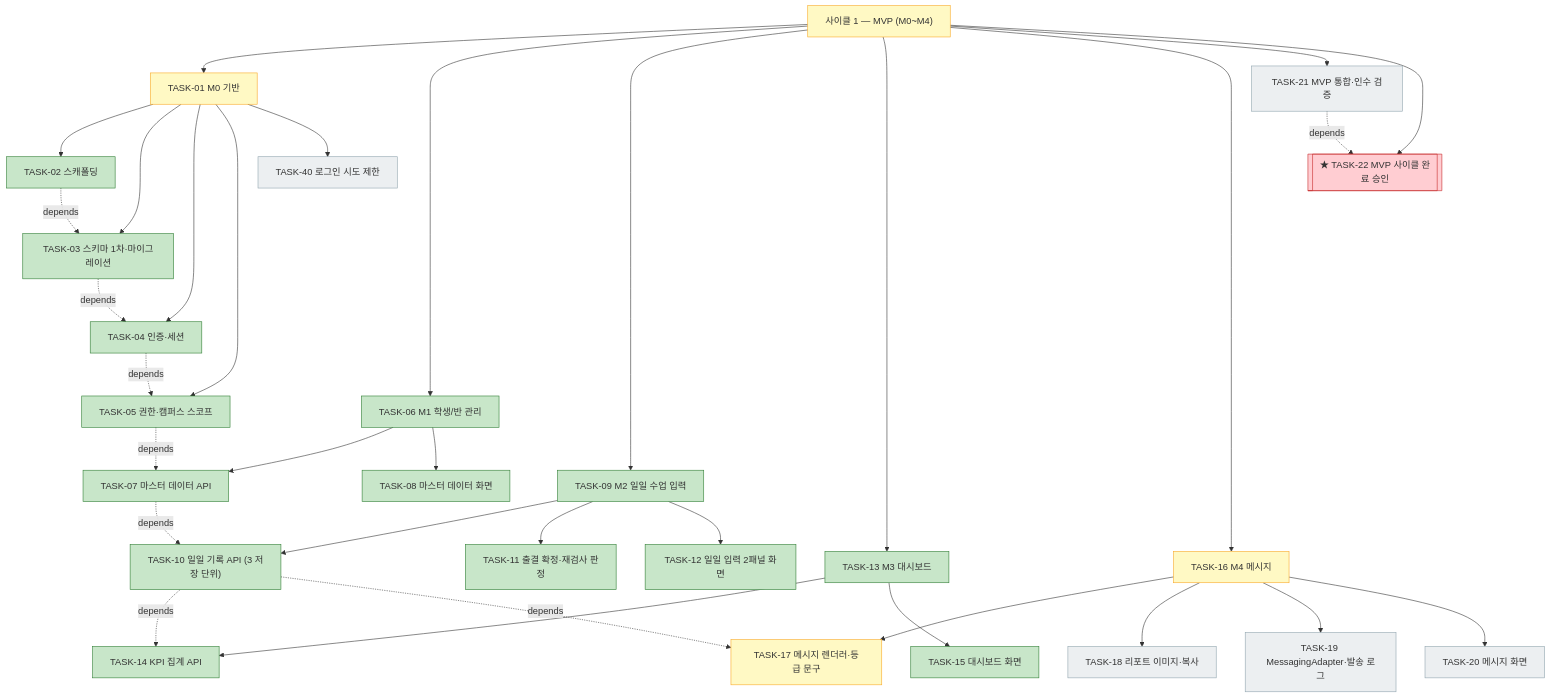
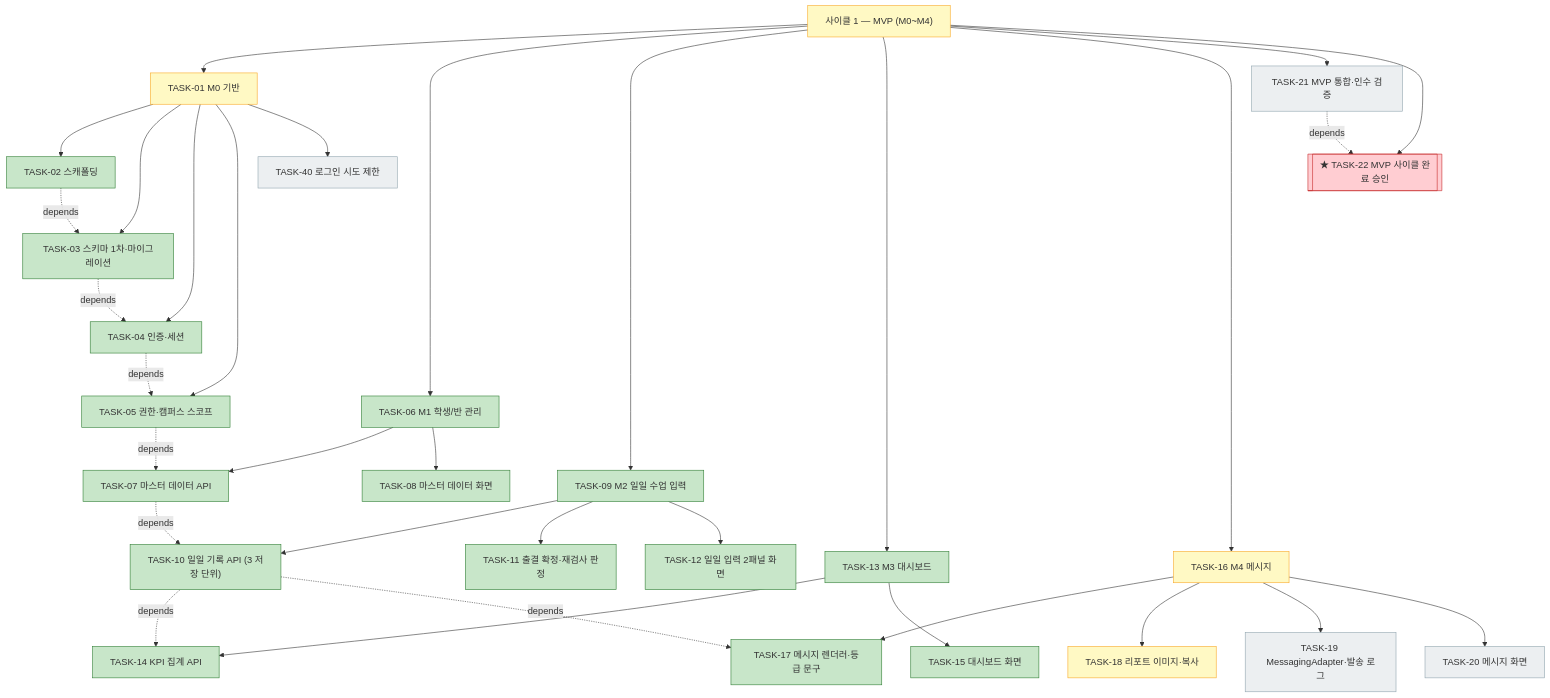
The first of 3 diagrams in docs/plan.md (bluesky5008/mathdesk), drawn with Mermaid before and after one commit. The commit also changed other lines of this file and 5 other files, not shown here.

First line of the commit message:
feat(messaging): TASK-17 메시지 렌더러와 등급 문구

````diff
--- a/docs/plan.md
+++ b/docs/plan.md
@@ -105,39 +105,39 @@
 ```mermaid
 flowchart TD
     C1["사이클 1 — MVP (M0~M4)"]:::active
     C1 --> T01["TASK-01 M0 기반"]:::active
     T01 --> T02["TASK-02 스캐폴딩"]:::done
     T01 --> T03["TASK-03 스키마 1차·마이그레이션"]:::done
     T01 --> T04["TASK-04 인증·세션"]:::done
     T01 --> T05["TASK-05 권한·캠퍼스 스코프"]:::done
     T01 --> T40["TASK-40 로그인 시도 제한"]:::todo
     C1 --> T06["TASK-06 M1 학생/반 관리"]:::done
     T06 --> T07["TASK-07 마스터 데이터 API"]:::done
     T06 --> T08["TASK-08 마스터 데이터 화면"]:::done
     C1 --> T09["TASK-09 M2 일일 수업 입력"]:::done
     T09 --> T10["TASK-10 일일 기록 API (3 저장 단위)"]:::done
     T09 --> T11["TASK-11 출결 확정·재검사 판정"]:::done
     T09 --> T12["TASK-12 일일 입력 2패널 화면"]:::done
     C1 --> T13["TASK-13 M3 대시보드"]:::done
     T13 --> T14["TASK-14 KPI 집계 API"]:::done
     T13 --> T15["TASK-15 대시보드 화면"]:::done
     C1 --> T16["TASK-16 M4 메시지"]:::active
-    T16 --> T17["TASK-17 메시지 렌더러·등급 문구"]:::active
-    T16 --> T18["TASK-18 리포트 이미지·복사"]:::todo
+    T16 --> T17["TASK-17 메시지 렌더러·등급 문구"]:::done
+    T16 --> T18["TASK-18 리포트 이미지·복사"]:::active
     T16 --> T19["TASK-19 MessagingAdapter·발송 로그"]:::todo
     T16 --> T20["TASK-20 메시지 화면"]:::todo
     C1 --> T21["TASK-21 MVP 통합·인수 검증"]:::todo
     C1 --> T22[["★ TASK-22 MVP 사이클 완료 승인"]]:::gate
     T02 -. depends .-> T03
     T03 -. depends .-> T04
     T04 -. depends .-> T05
     T05 -. depends .-> T07
     T07 -. depends .-> T10
     T10 -. depends .-> T14
     T10 -. depends .-> T17
     T21 -. depends .-> T22
     classDef done fill:#c8e6c9,stroke:#2e7d32
     classDef active fill:#fff9c4,stroke:#f9a825
     classDef todo fill:#eceff1,stroke:#90a4ae
     classDef gate fill:#ffcdd2,stroke:#c62828
 ```
````
